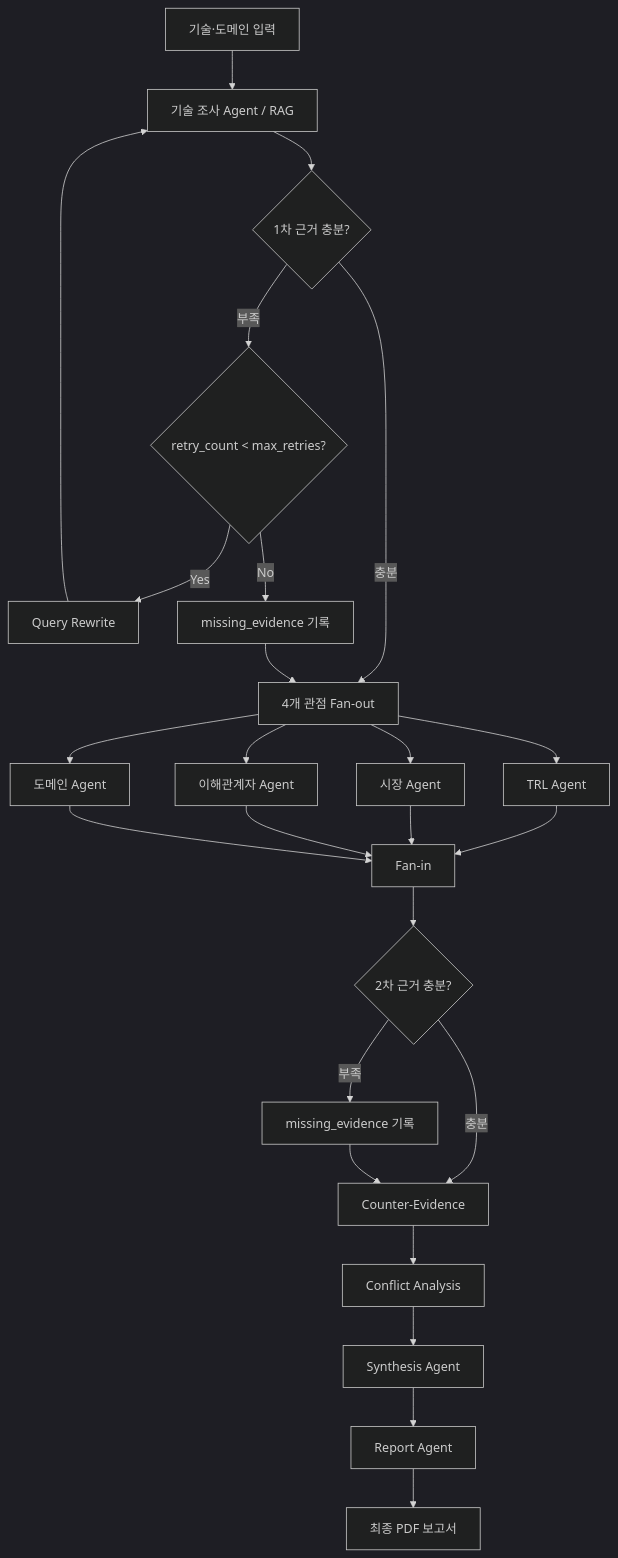
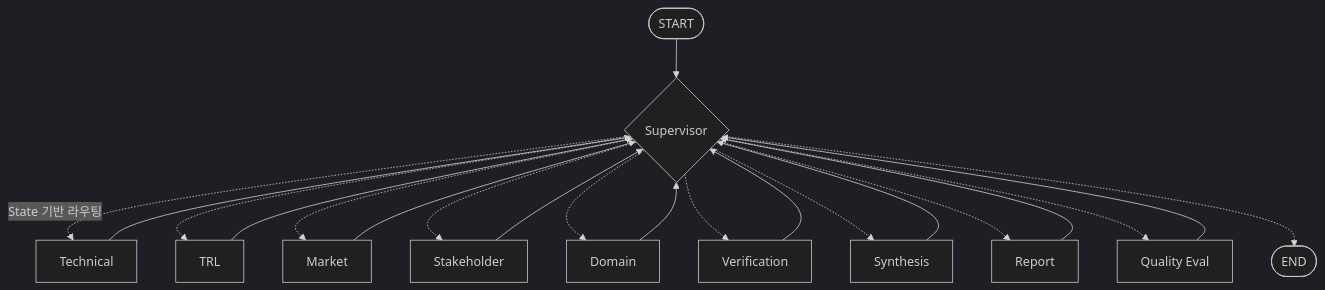
The diagram in README.md (jinwoo9345/skala-RAG-project), drawn with Mermaid (dark theme) before and after one commit. The commit also changed other lines of this file and 25 other files, not shown here.

````diff
--- a/README.md
+++ b/README.md
@@ -53,27 +67,24 @@
 ```mermaid
 flowchart TD
-    A[기술·도메인 입력] --> B[기술 조사 Agent / RAG]
-    B --> C{1차 근거 충분?}
-    C -->|부족| D{retry_count < max_retries?}
-    D -->|Yes| E[Query Rewrite]
-    E --> B
-    D -->|No| F[missing_evidence 기록]
-    C -->|충분| G[4개 관점 Fan-out]
-    F --> G
-    G --> H[TRL Agent]
-    G --> I[시장 Agent]
-    G --> J[이해관계자 Agent]
-    G --> K[도메인 Agent]
-    H --> L[Fan-in]
-    I --> L
-    J --> L
-    K --> L
-    L --> M{2차 근거 충분?}
-    M -->|부족| N[missing_evidence 기록]
-    M -->|충분| O[Counter-Evidence]
-    N --> O
-    O --> P[Conflict Analysis]
-    P --> Q[Synthesis Agent]
-    Q --> R[Report Agent]
-    R --> S[최종 PDF 보고서]
+    START([START]) --> S{Supervisor}
+    S -. State 기반 라우팅 .-> T[Technical]
+    S -.-> R[TRL]
+    S -.-> M[Market]
+    S -.-> K[Stakeholder]
+    S -.-> D[Domain]
+    S -.-> V[Verification]
+    S -.-> Y[Synthesis]
+    S -.-> P[Report]
+    S -.-> Q[Quality Eval]
+    S -.-> END([END])
+
+    T --> S
+    R --> S
+    M --> S
+    K --> S
+    D --> S
+    V --> S
+    Y --> S
+    P --> S
+    Q --> S
 ```
````
